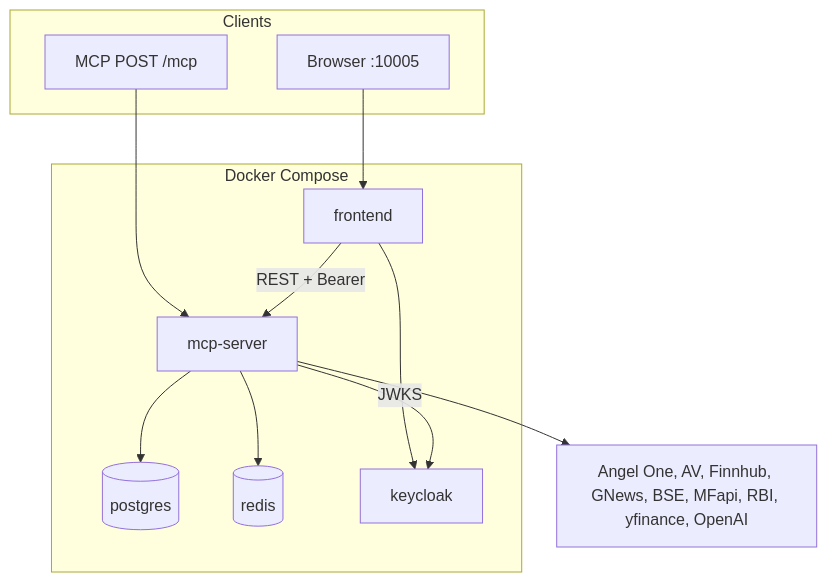
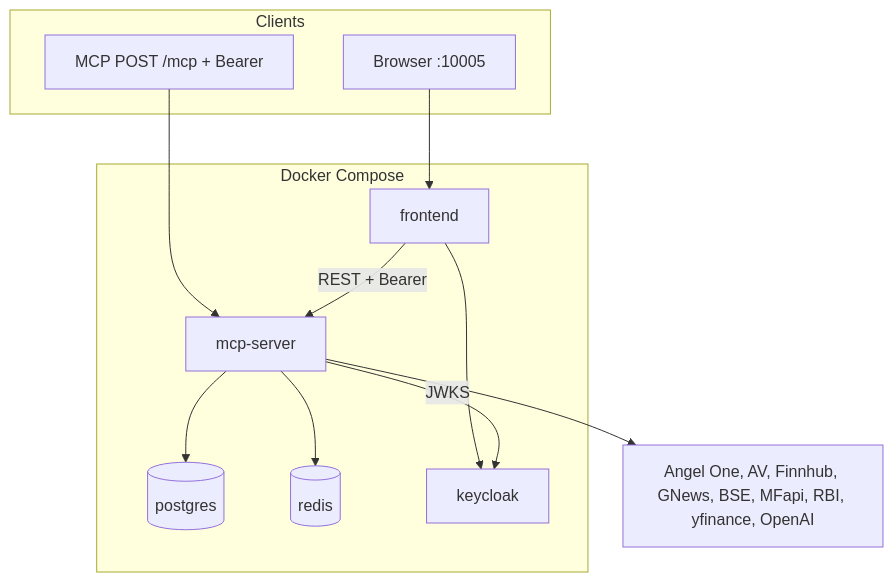
The first of 2 diagrams in W3_MCP/docs/ARCHITECTURE.md (yashagarwalkdu25/Insufficient_Tokens), drawn with Mermaid before and after one commit. The commit also changed other lines of this file and 4 other files, not shown here.

````diff
--- a/W3_MCP/docs/ARCHITECTURE.md
+++ b/W3_MCP/docs/ARCHITECTURE.md
@@ -31,21 +28,21 @@
 ```mermaid
 flowchart TB
   subgraph c["Clients"]
     WEB[Browser :10005]
-    CLI[MCP POST /mcp]
+    CLI[MCP POST /mcp + Bearer]
   end
   subgraph d["Docker Compose"]
     FE[frontend]
     MS[mcp-server]
     PG[(postgres)]
     RD[(redis)]
     KC[keycloak]
   end
   WEB --> FE
   CLI --> MS
   FE --> KC
   FE -->|REST + Bearer| MS
   MS --> PG & RD
   MS -->|JWKS| KC
   MS --> EXT[Angel One, AV, Finnhub, GNews, BSE, MFapi, RBI, yfinance, OpenAI]
 ```
````
